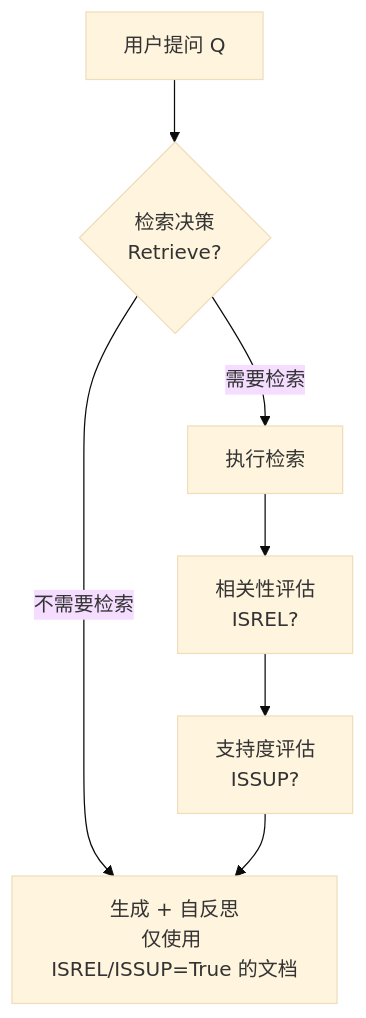
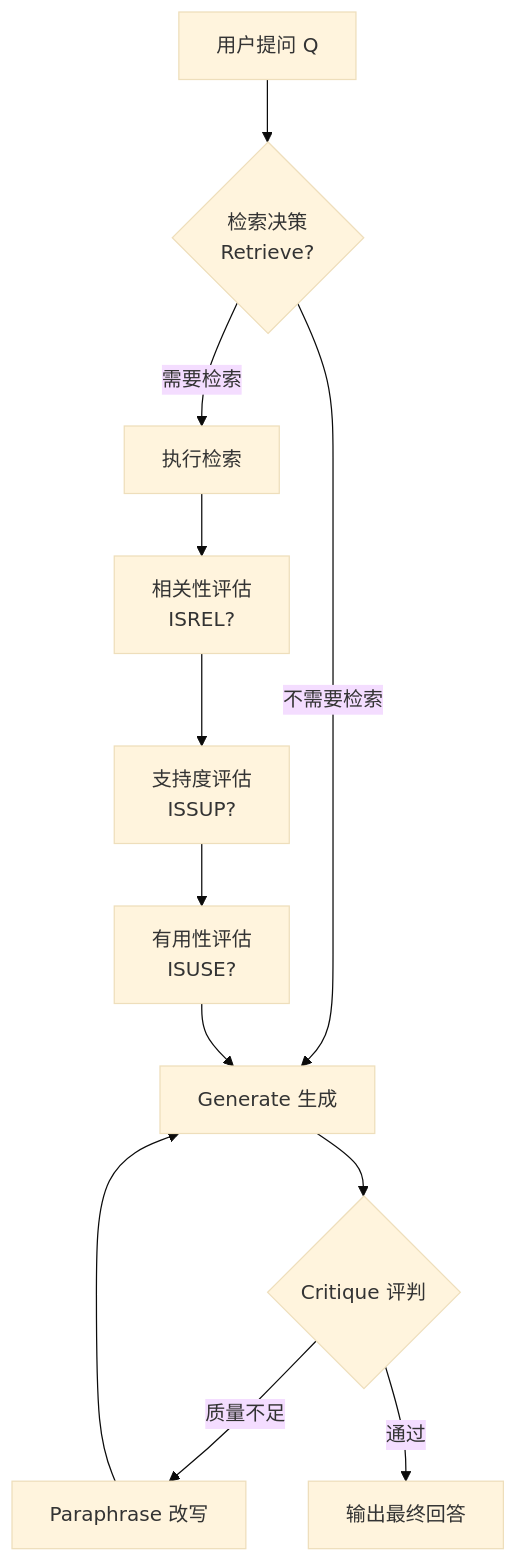
The second of 5 diagrams in design_mode/docs/03_检索增强类.md (eeyzs1/agent_demos), drawn with Mermaid (base theme) before and after one commit. The commit also changed other lines of this file and 3 other files, not shown here.

````diff
--- a/design_mode/docs/03_检索增强类.md
+++ b/design_mode/docs/03_检索增强类.md
@@ -213,9 +223,14 @@
 ```mermaid
 flowchart TD
     A[用户提问 Q] --> B{检索决策<br/>Retrieve?}
     B -->|需要检索| C[执行检索]
-    B -->|不需要检索| F
+    B -->|不需要检索| G
     C --> D[相关性评估<br/>ISREL?]
     D --> E[支持度评估<br/>ISSUP?]
-    E --> F[生成 + 自反思<br/>仅使用 ISREL/ISSUP=True 的文档]
+    E --> F[有用性评估<br/>ISUSE?]
+    F --> G[Generate 生成]
+    G --> H{Critique 评判}
+    H -->|质量不足| I[Paraphrase 改写]
+    I --> G
+    H -->|通过| J[输出最终回答]
 ```
````
